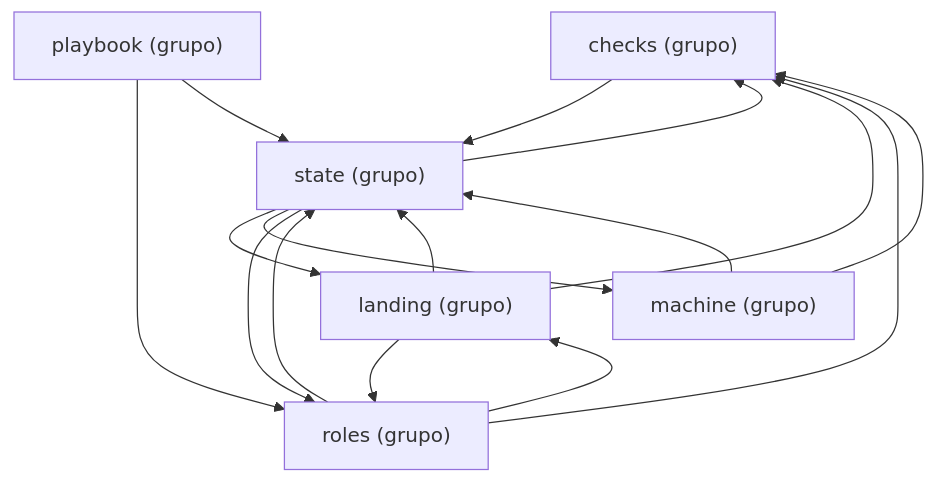
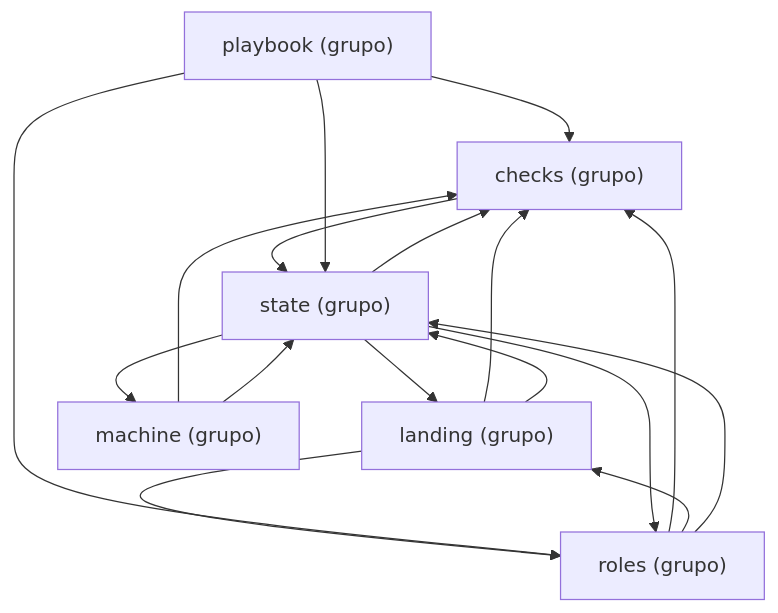
The diagram in docs/architecture/generated/packages-process-domain.md (GonzaloZevallos/agentic-system), drawn with Mermaid before and after one commit. The commit also changed 28 other files, not shown here.

````diff
--- a/docs/architecture/generated/packages-process-domain.md
+++ b/docs/architecture/generated/packages-process-domain.md
@@ -22,24 +22,25 @@
 ```mermaid
 graph TD
     g_domain__checks["checks (grupo)"]
     g_domain__landing["landing (grupo)"]
     g_domain__machine["machine (grupo)"]
     g_domain__playbook["playbook (grupo)"]
     g_domain__roles["roles (grupo)"]
     g_domain__state["state (grupo)"]
     g_domain__checks --> g_domain__state
     g_domain__landing --> g_domain__checks
     g_domain__landing --> g_domain__roles
     g_domain__landing --> g_domain__state
     g_domain__machine --> g_domain__checks
     g_domain__machine --> g_domain__state
+    g_domain__playbook --> g_domain__checks
     g_domain__playbook --> g_domain__roles
     g_domain__playbook --> g_domain__state
     g_domain__roles --> g_domain__checks
     g_domain__roles --> g_domain__landing
     g_domain__roles --> g_domain__state
     g_domain__state --> g_domain__checks
     g_domain__state --> g_domain__landing
     g_domain__state --> g_domain__machine
     g_domain__state --> g_domain__roles
 ```
````
